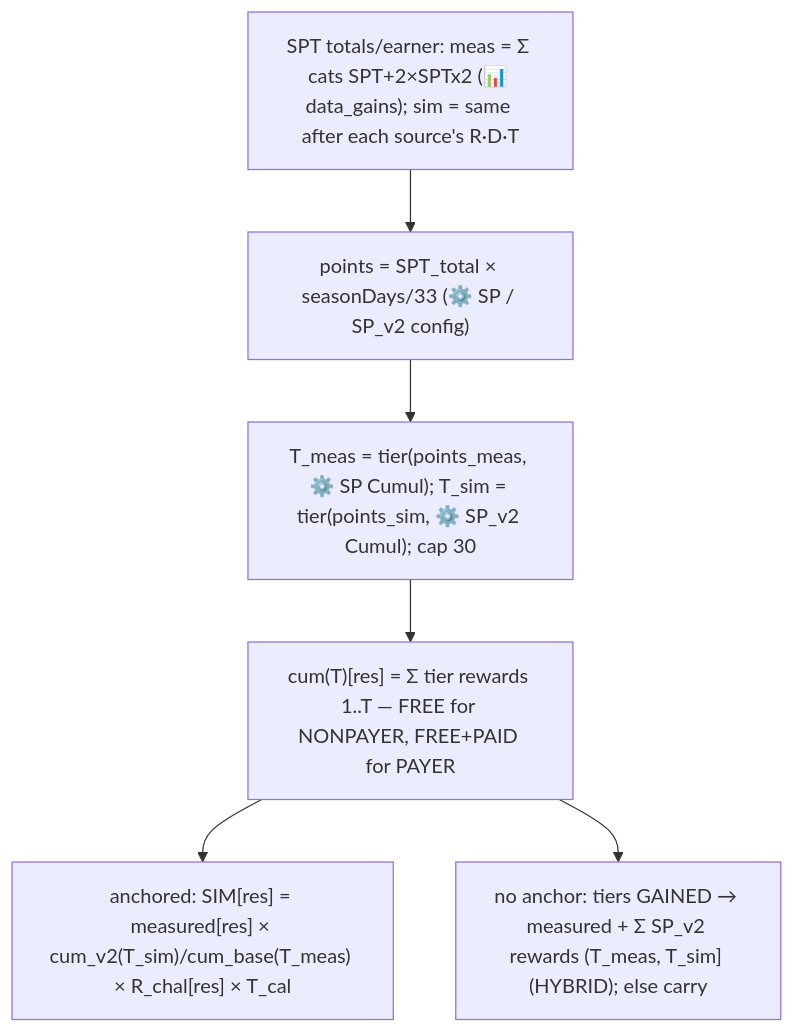
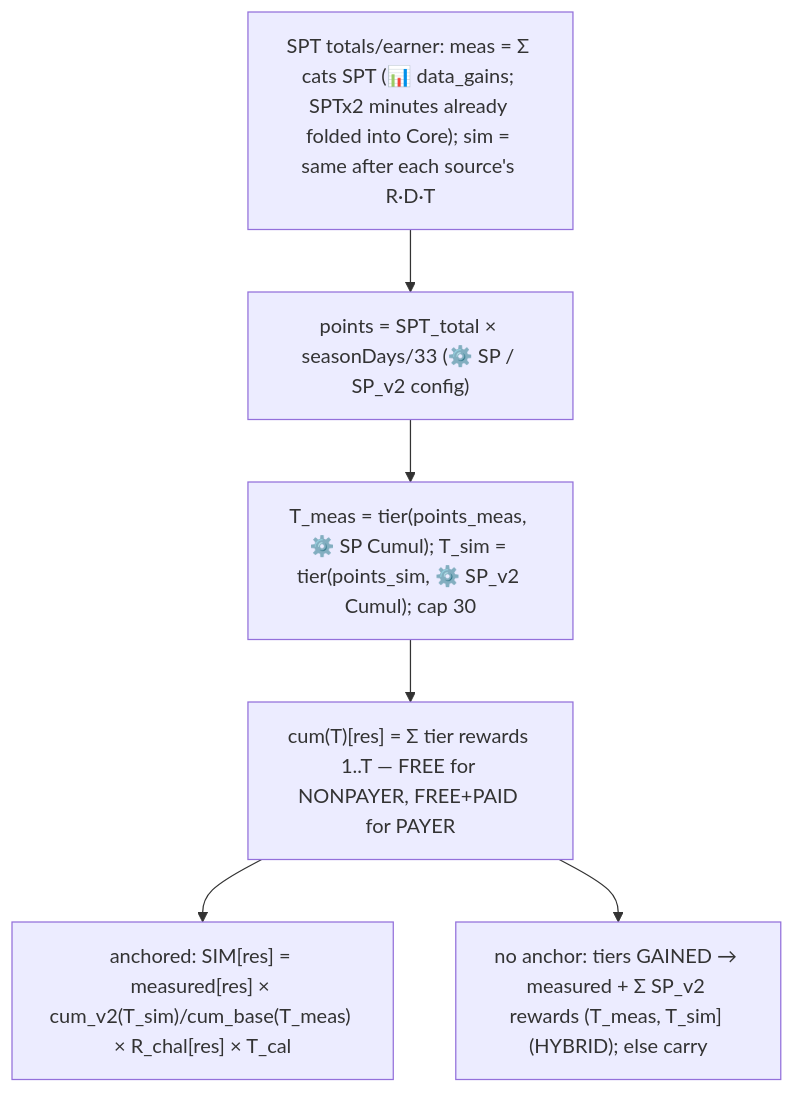
Diagram 12 of 12 in SIMULATION_METHODOLOGY.md (Teatree/r_live_ops_2), drawn with Mermaid before and after one commit. The commit also changed other lines of this file and 2 other files, not shown here.

First line of the commit message:
Docs for D54: SPTx2 as minutes, and what it does and does not move

````diff
--- a/SIMULATION_METHODOLOGY.md
+++ b/SIMULATION_METHODOLOGY.md
@@ -1470,8 +1471,8 @@
 ```mermaid
 flowchart TD
-  G["SPT totals/earner: meas = Σ cats SPT+2×SPTx2 (📊 data_gains); sim = same after each source's R·D·T"] --> PTS["points = SPT_total × seasonDays/33 (⚙️ SP / SP_v2 config)"]
+  G["SPT totals/earner: meas = Σ cats SPT (📊 data_gains; SPTx2 minutes already folded into Core); sim = same after each source's R·D·T"] --> PTS["points = SPT_total × seasonDays/33 (⚙️ SP / SP_v2 config)"]
   PTS --> TIER["T_meas = tier(points_meas, ⚙️ SP Cumul); T_sim = tier(points_sim, ⚙️ SP_v2 Cumul); cap 30"]
   TIER --> CUM["cum(T)[res] = Σ tier rewards 1..T — FREE for NONPAYER, FREE+PAID for PAYER"]
   CUM --> OUT["anchored: SIM[res] = measured[res] × cum_v2(T_sim)/cum_base(T_meas) × R_chal[res] × T_cal"]
   CUM --> FB["no anchor: tiers GAINED → measured + Σ SP_v2 rewards (T_meas, T_sim] (HYBRID); else carry"]
 ```
````
